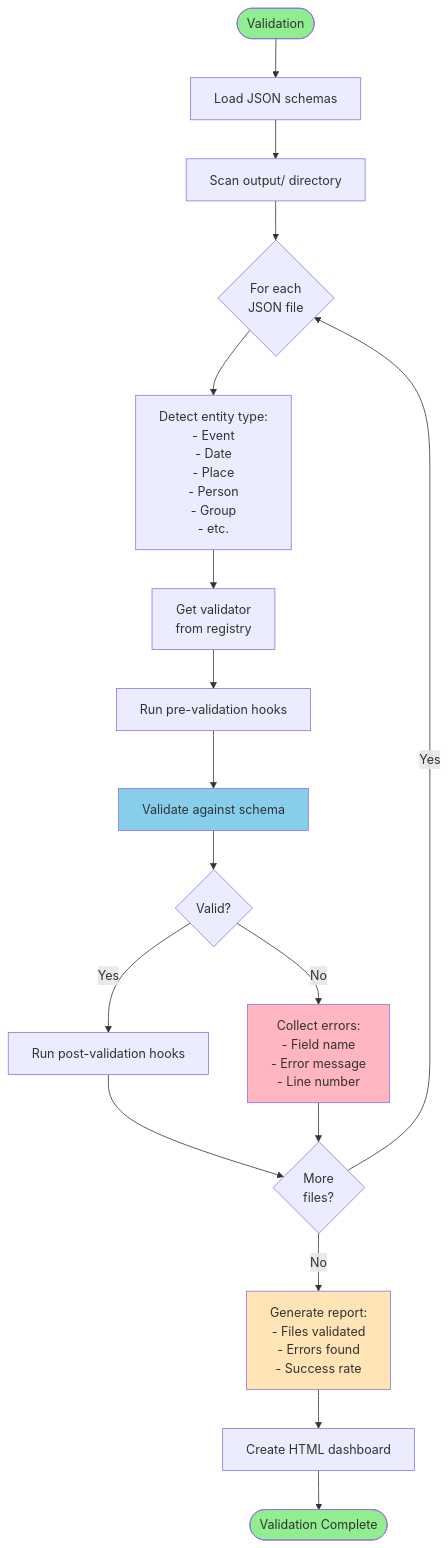
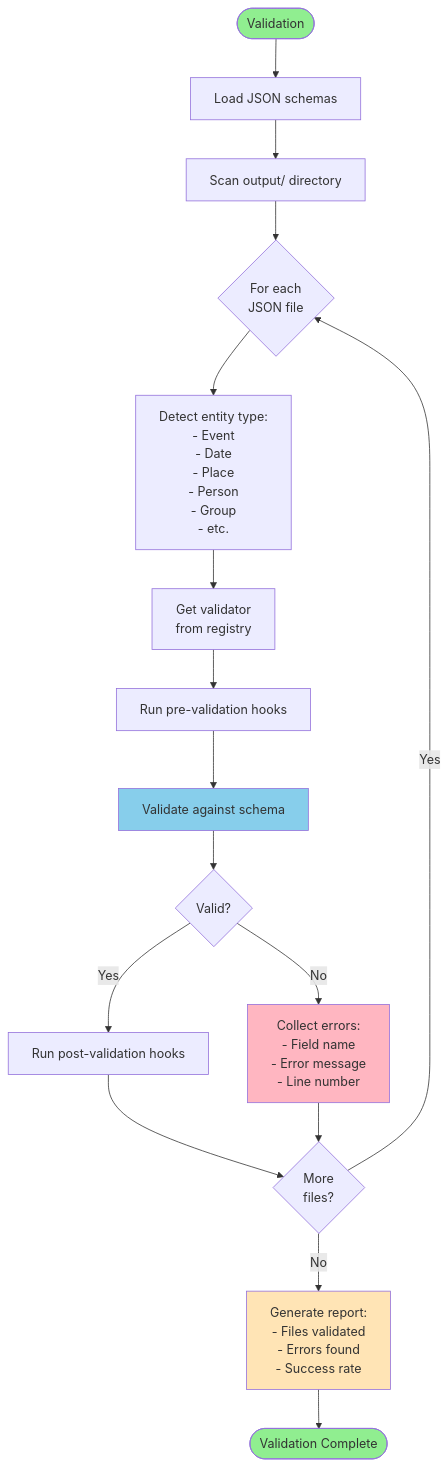
One commit to elasticfusion/SecondWorldWarAsData changed the eighth of 12 diagrams in docs/current/core/WORKFLOW_DIAGRAMS.md. Above: the diagram before and after it, drawn with Mermaid. The commit also changed other lines of this file and 8043 other files, not shown here.

````diff
--- a/docs/current/core/WORKFLOW_DIAGRAMS.md
+++ b/docs/current/core/WORKFLOW_DIAGRAMS.md
@@ -261,31 +297,30 @@
 ```mermaid
 flowchart TD
     Start([Validation]) --> LoadSchema[Load JSON schemas]
     LoadSchema --> ScanOutput[Scan output/ directory]
     
     ScanOutput --> ForEachFile{For each<br/>JSON file}
     ForEachFile --> DetectType[Detect entity type:<br/>- Event<br/>- Date<br/>- Place<br/>- Person<br/>- Group<br/>- etc.]
     
     DetectType --> GetValidator[Get validator<br/>from registry]
     GetValidator --> PreHooks[Run pre-validation hooks]
     PreHooks --> Validate[Validate against schema]
     
     Validate --> Valid{Valid?}
     Valid -->|Yes| PostHooks[Run post-validation hooks]
     Valid -->|No| CollectErrors[Collect errors:<br/>- Field name<br/>- Error message<br/>- Line number]
     
     PostHooks --> NextFile
     CollectErrors --> NextFile{More<br/>files?}
     
     NextFile -->|Yes| ForEachFile
     NextFile -->|No| GenerateReport[Generate report:<br/>- Files validated<br/>- Errors found<br/>- Success rate]
     
-    GenerateReport --> CreateDashboard[Create HTML dashboard]
-    CreateDashboard --> End([Validation Complete])
+    GenerateReport --> End([Validation Complete])
     
     style Start fill:#90EE90
     style End fill:#90EE90
     style Validate fill:#87CEEB
     style CollectErrors fill:#FFB6C1
     style GenerateReport fill:#FFE4B5
 ```
````
